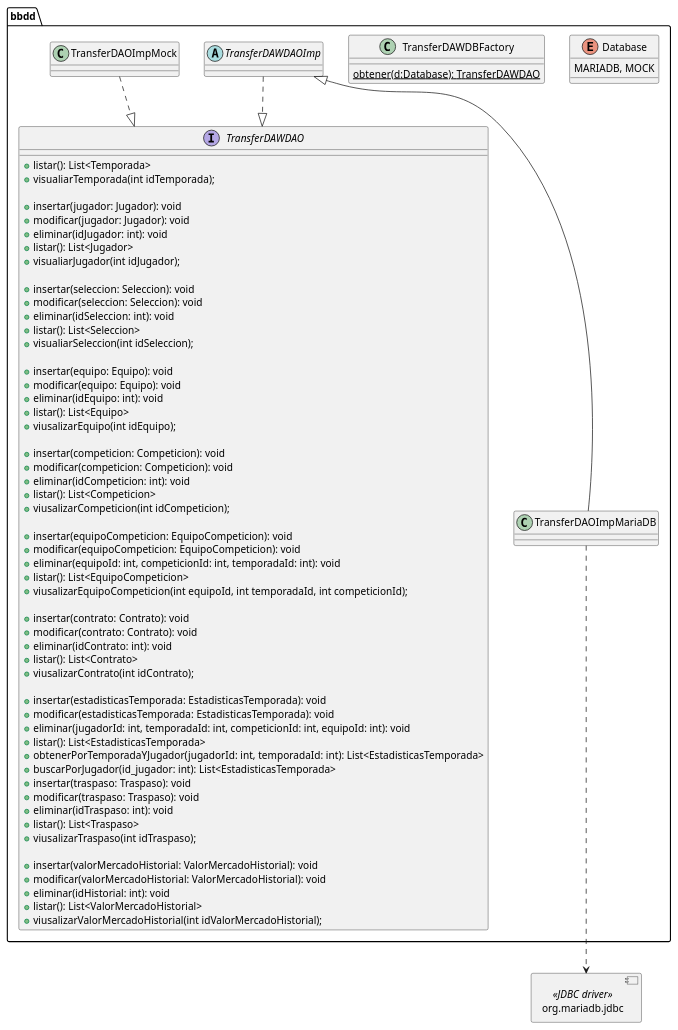
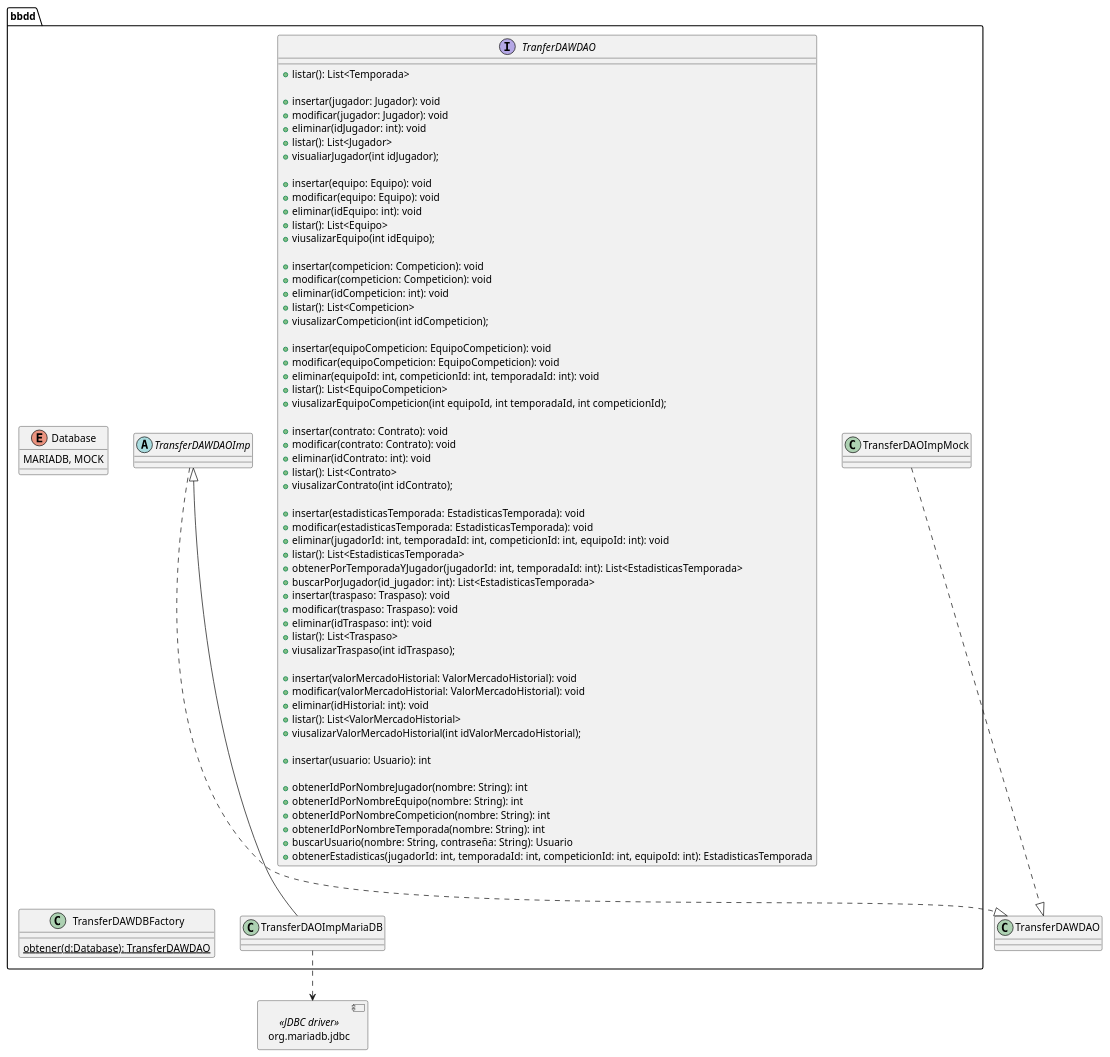
The diagram in trasnferdaw/design/diagramas/diagrama_de_clases/ClasesBBDD.pu (IR-Play88/TransferDAW), drawn with PlantUML before and after one commit. The commit also changed 180 other files, not shown here.

```diff
--- a/trasnferdaw/design/diagramas/diagrama_de_clases/ClasesBBDD.pu
+++ b/trasnferdaw/design/diagramas/diagrama_de_clases/ClasesBBDD.pu
@@ -1,97 +1,99 @@
 @startuml bbdd
 allow_mixing
 set separator none
 top to bottom direction
     package bbdd{
         enum Database{
             MARIADB, MOCK
         }
 
-        interface TransferDAWDAO {
+       interface TranferDAWDAO {
             +listar(): List<Temporada>
-            +visualiarTemporada(int idTemporada);
 
             +insertar(jugador: Jugador): void
             +modificar(jugador: Jugador): void
             +eliminar(idJugador: int): void
             +listar(): List<Jugador>
             +visualiarJugador(int idJugador);
-
-            +insertar(seleccion: Seleccion): void
-            +modificar(seleccion: Seleccion): void
-            +eliminar(idSeleccion: int): void
-            +listar(): List<Seleccion>
-            +visualiarSeleccion(int idSeleccion);
 
             +insertar(equipo: Equipo): void
             +modificar(equipo: Equipo): void
             +eliminar(idEquipo: int): void
             +listar(): List<Equipo>
             +viusalizarEquipo(int idEquipo);
 
             +insertar(competicion: Competicion): void
             +modificar(competicion: Competicion): void
             +eliminar(idCompeticion: int): void
             +listar(): List<Competicion>
             +viusalizarCompeticion(int idCompeticion);
 
             +insertar(equipoCompeticion: EquipoCompeticion): void
             +modificar(equipoCompeticion: EquipoCompeticion): void
             +eliminar(equipoId: int, competicionId: int, temporadaId: int): void
             +listar(): List<EquipoCompeticion>
             +viusalizarEquipoCompeticion(int equipoId, int temporadaId, int competicionId);
 
             +insertar(contrato: Contrato): void
             +modificar(contrato: Contrato): void
             +eliminar(idContrato: int): void
             +listar(): List<Contrato>
             +viusalizarContrato(int idContrato);
 
             +insertar(estadisticasTemporada: EstadisticasTemporada): void
             +modificar(estadisticasTemporada: EstadisticasTemporada): void
             +eliminar(jugadorId: int, temporadaId: int, competicionId: int, equipoId: int): void
             +listar(): List<EstadisticasTemporada>
             +obtenerPorTemporadaYJugador(jugadorId: int, temporadaId: int): List<EstadisticasTemporada>
             +buscarPorJugador(id_jugador: int): List<EstadisticasTemporada>
 
 
             +insertar(traspaso: Traspaso): void
             +modificar(traspaso: Traspaso): void
             +eliminar(idTraspaso: int): void
             +listar(): List<Traspaso>
             +viusalizarTraspaso(int idTraspaso);
 
             +insertar(valorMercadoHistorial: ValorMercadoHistorial): void
             +modificar(valorMercadoHistorial: ValorMercadoHistorial): void
             +eliminar(idHistorial: int): void
             +listar(): List<ValorMercadoHistorial>
             +viusalizarValorMercadoHistorial(int idValorMercadoHistorial);
+
+            +insertar(usuario: Usuario): int 
+
+            +obtenerIdPorNombreJugador(nombre: String): int
+            +obtenerIdPorNombreEquipo(nombre: String): int
+            +obtenerIdPorNombreCompeticion(nombre: String): int
+            +obtenerIdPorNombreTemporada(nombre: String): int
+            +buscarUsuario(nombre: String, contraseña: String): Usuario
+            +obtenerEstadisticas(jugadorId: int, temporadaId: int, competicionId: int, equipoId: int): EstadisticasTemporada
+           
         }
-    
 
         class TransferDAWDBFactory{
             {static} obtener(d:Database): TransferDAWDAO
         }
 
         abstract TransferDAWDAOImp {       
 
         }
 
         class TransferDAOImpMock{
 
         }
 
         class TransferDAOImpMariaDB{
             
         }
            
     }
 
     component org.mariadb.jdbc <<JDBC driver>>
 
     TransferDAOImpMariaDB ..> org.mariadb.jdbc
     TransferDAWDAOImp <|-- TransferDAOImpMariaDB
     TransferDAWDAOImp..|> TransferDAWDAO
     TransferDAOImpMock..|> TransferDAWDAO 
     
 @enduml
```
